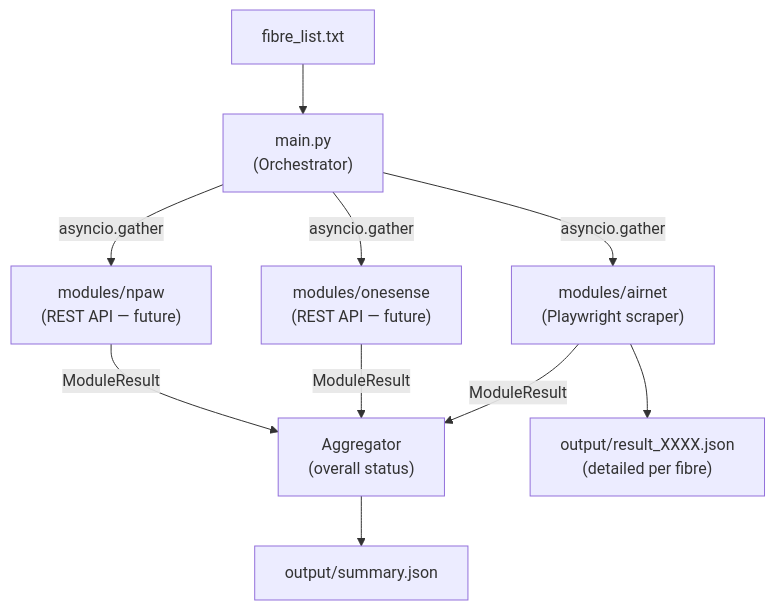
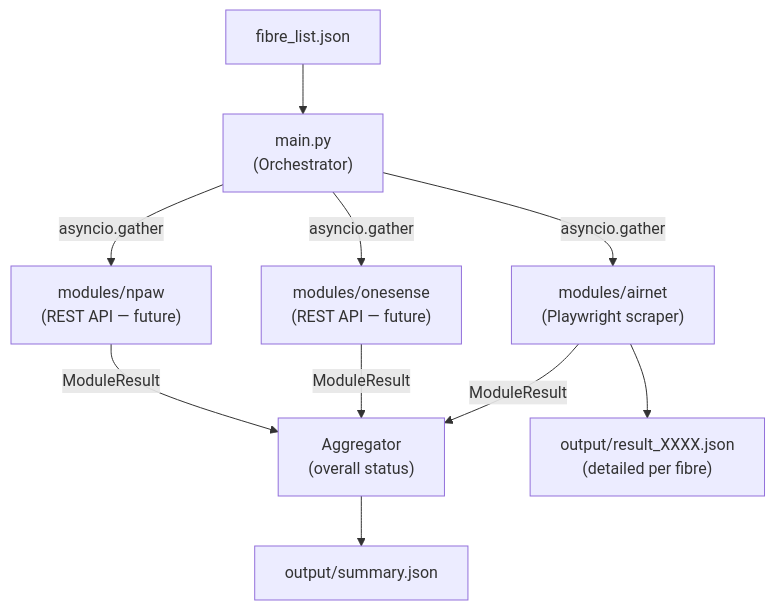
One commit to takdanae/vip-proactive-monitoring changed the diagram in README.md. Above: the diagram before and after it, drawn with Mermaid. The commit also changed other lines of this file, not shown here.

````diff
--- a/README.md
+++ b/README.md
@@ -10,15 +10,15 @@
 ```mermaid
 graph TD
     main["main.py\n(Orchestrator)"] -->|"asyncio.gather"| A["modules/airnet\n(Playwright scraper)"]
     main -->|"asyncio.gather"| B["modules/onesense\n(REST API — future)"]
     main -->|"asyncio.gather"| C["modules/npaw\n(REST API — future)"]
 
     A -->|"ModuleResult"| AGG["Aggregator\n(overall status)"]
     B -->|"ModuleResult"| AGG
     C -->|"ModuleResult"| AGG
 
     AGG --> SUM["output/summary.json"]
     A --> DETAIL["output/result_XXXX.json\n(detailed per fibre)"]
 
-    IN["fibre_list.txt"] --> main
+    IN["fibre_list.json"] --> main
 ```
````
